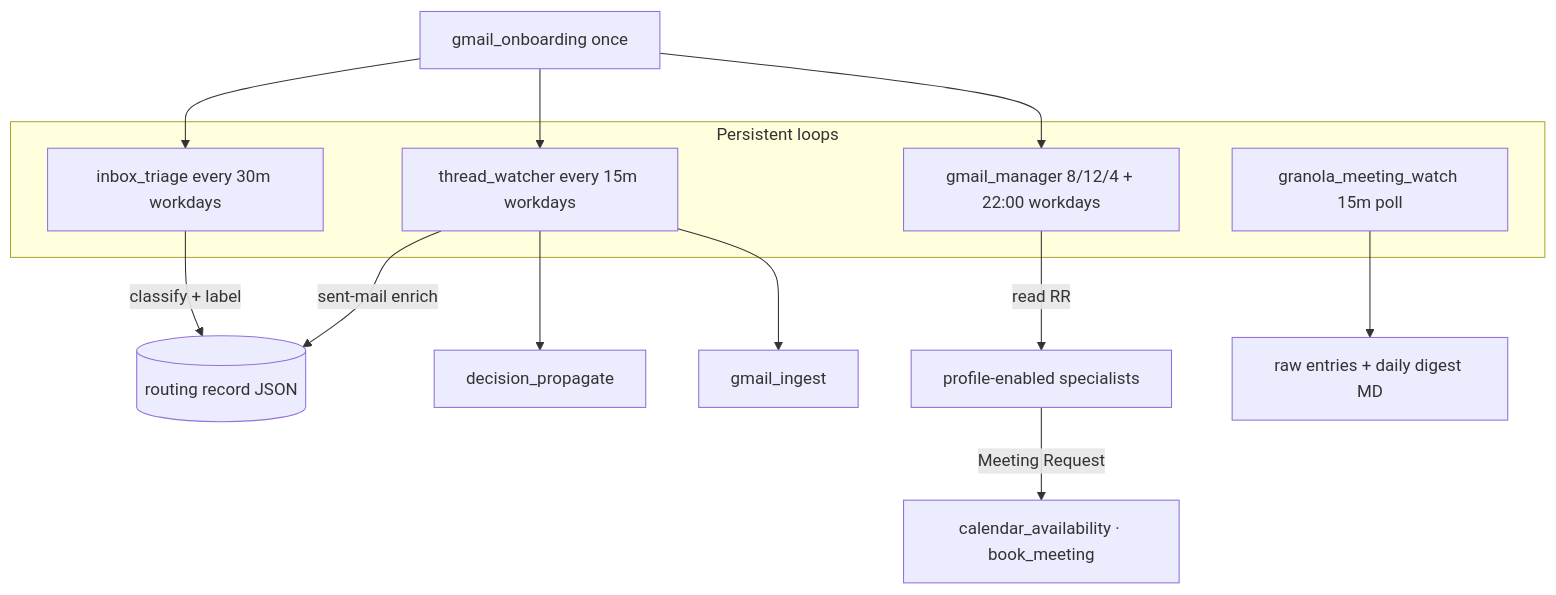
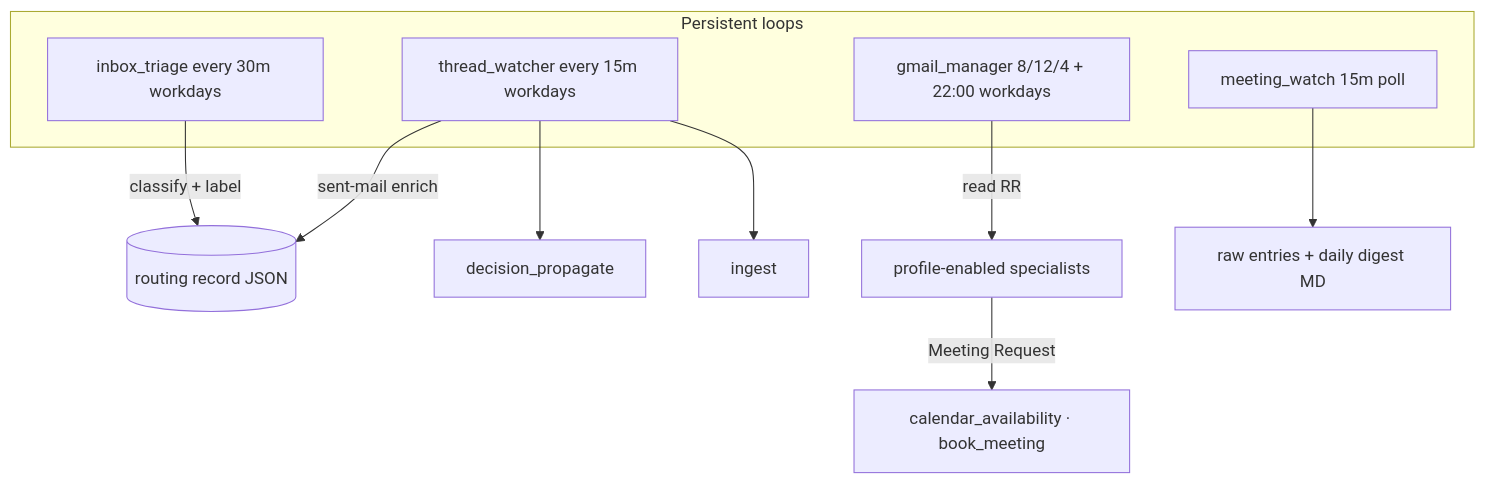
The first of 4 diagrams in docs/agents/operations.md (NickyHeC/4r7a), drawn with Mermaid before and after one commit. The commit also changed other lines of this file and 97 other files, not shown here.

````diff
--- a/docs/agents/operations.md
+++ b/docs/agents/operations.md
@@ -28,17 +28,16 @@
 ```mermaid
 flowchart TD
   subgraph persistent [Persistent loops]
     IT[inbox_triage every 30m workdays]
     TW[thread_watcher every 15m workdays]
     GM[gmail_manager 8/12/4 + 22:00 workdays]
-    GR[granola_meeting_watch 15m poll]
+    GR[meeting_watch 15m poll]
   end
   IT -->|classify + label| RR[(routing record JSON)]
   TW -->|sent-mail enrich| RR
   GM -->|read RR| SPEC[profile-enabled specialists]
   TW --> DP[decision_propagate]
-  TW --> GI[gmail_ingest]
-  ON[gmail_onboarding once] --> IT & TW & GM
+  TW --> GI[ingest]
   SPEC -->|Meeting Request| GCAL[calendar_availability · book_meeting]
   GR --> WIKI[raw entries + daily digest MD]
 ```
````
